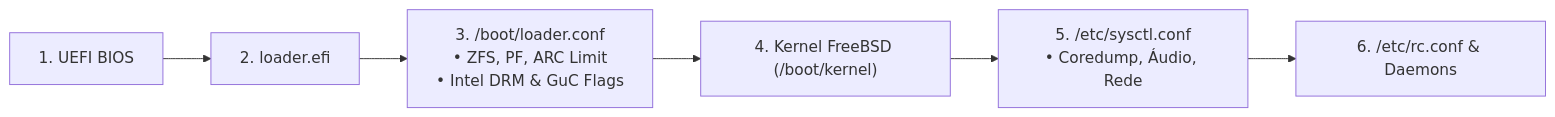
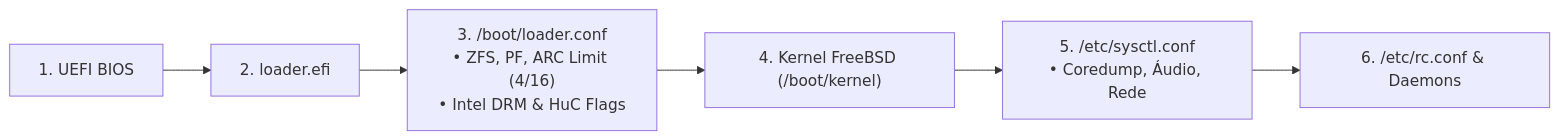
One commit to GabrielFrigo4/environment changed the diagram in docs/freebsd/01-kernel-boot-e-loader.md. Above: the diagram before and after it, drawn with Mermaid. The commit also changed other lines of this file and 21 other files, not shown here.

Commit message:
feat: complete TODO roadmap, add freebsd.txt guide, and sync submodules

````diff
--- a/docs/freebsd/01-kernel-boot-e-loader.md
+++ b/docs/freebsd/01-kernel-boot-e-loader.md
@@ -14,8 +14,8 @@
 ```mermaid
 flowchart LR
     UEFI["1. UEFI BIOS"] --> LOADER["2. loader.efi"]
-    LOADER --> CONF["3. /boot/loader.conf<br/>• ZFS, PF, ARC Limit<br/>• Intel DRM & GuC Flags"]
+    LOADER --> CONF["3. /boot/loader.conf<br/>• ZFS, PF, ARC Limit (4/16)<br/>• Intel DRM & HuC Flags"]
     CONF --> KERN["4. Kernel FreeBSD (/boot/kernel)"]
     KERN --> SYSCTL["5. /etc/sysctl.conf<br/>• Coredump, Áudio, Rede"]
     SYSCTL --> RC["6. /etc/rc.conf & Daemons"]
 ```
````
